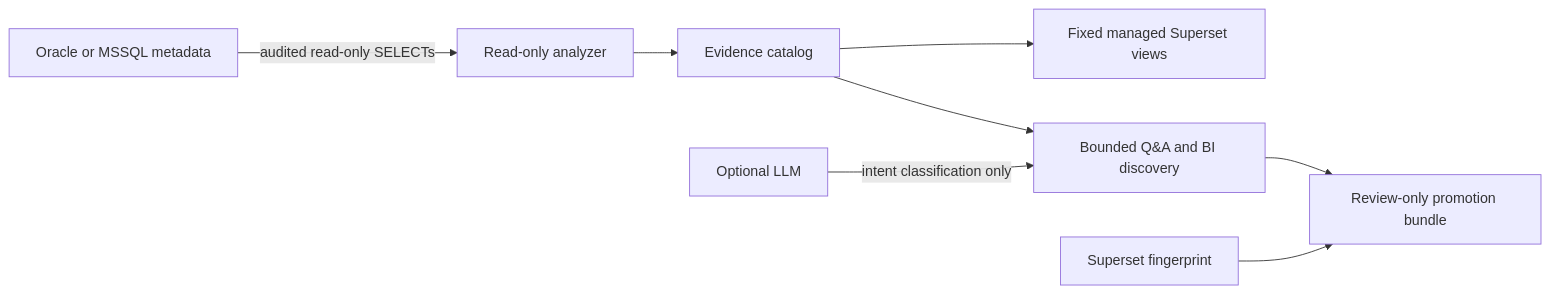
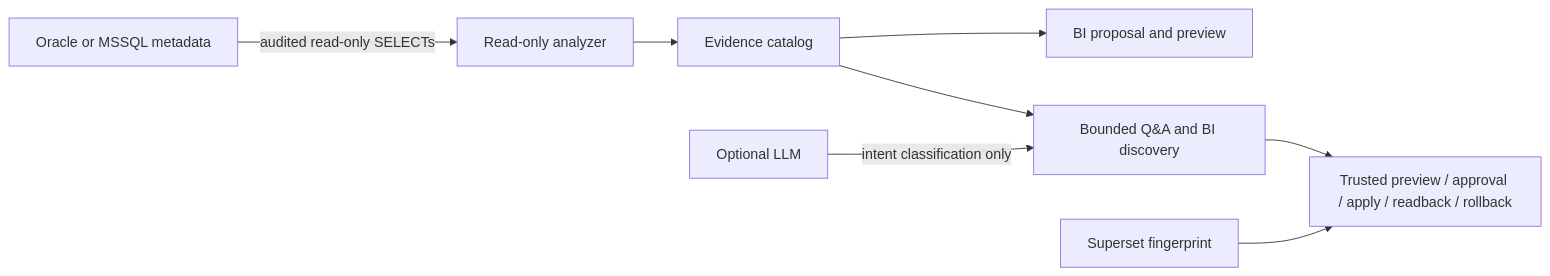
The diagram in README.md (JimPansky/KaleidoSphere), drawn with Mermaid before and after one commit. The commit also changed other lines of this file and 17 other files, not shown here.

````diff
--- a/README.md
+++ b/README.md
@@ -80,10 +80,10 @@
 ```mermaid
 flowchart LR
   A[Oracle or MSSQL metadata] -->|audited read-only SELECTs| B[Read-only analyzer]
   B --> C[Evidence catalog]
   C --> D[Bounded Q&A and BI discovery]
-  C --> E[Fixed managed Superset views]
-  D --> G[Review-only promotion bundle]
+  C --> E[BI proposal and preview]
+  D --> G[Trusted preview / approval / apply / readback / rollback]
   H[Superset fingerprint] --> G
   F[Optional LLM] -->|intent classification only| D
 ```
````
